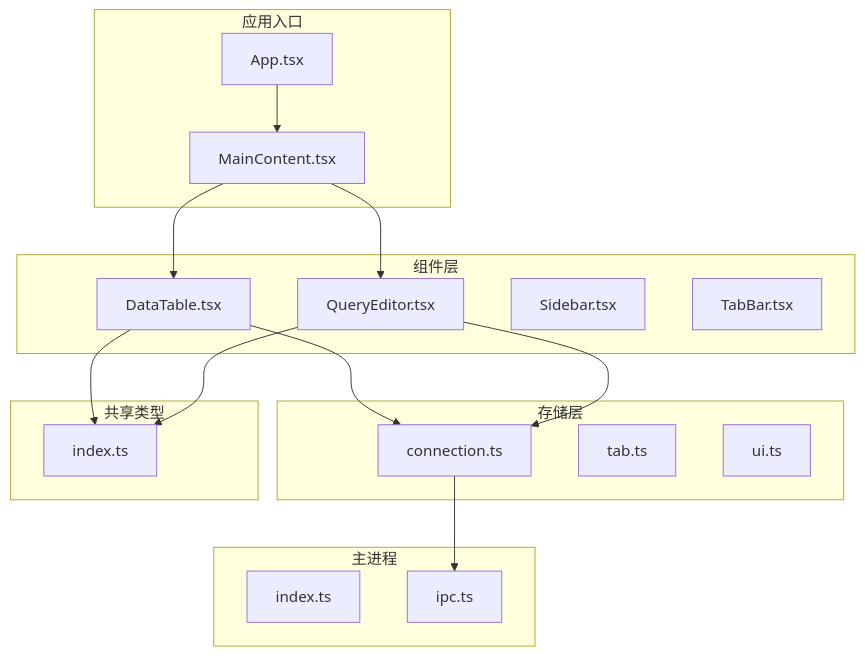
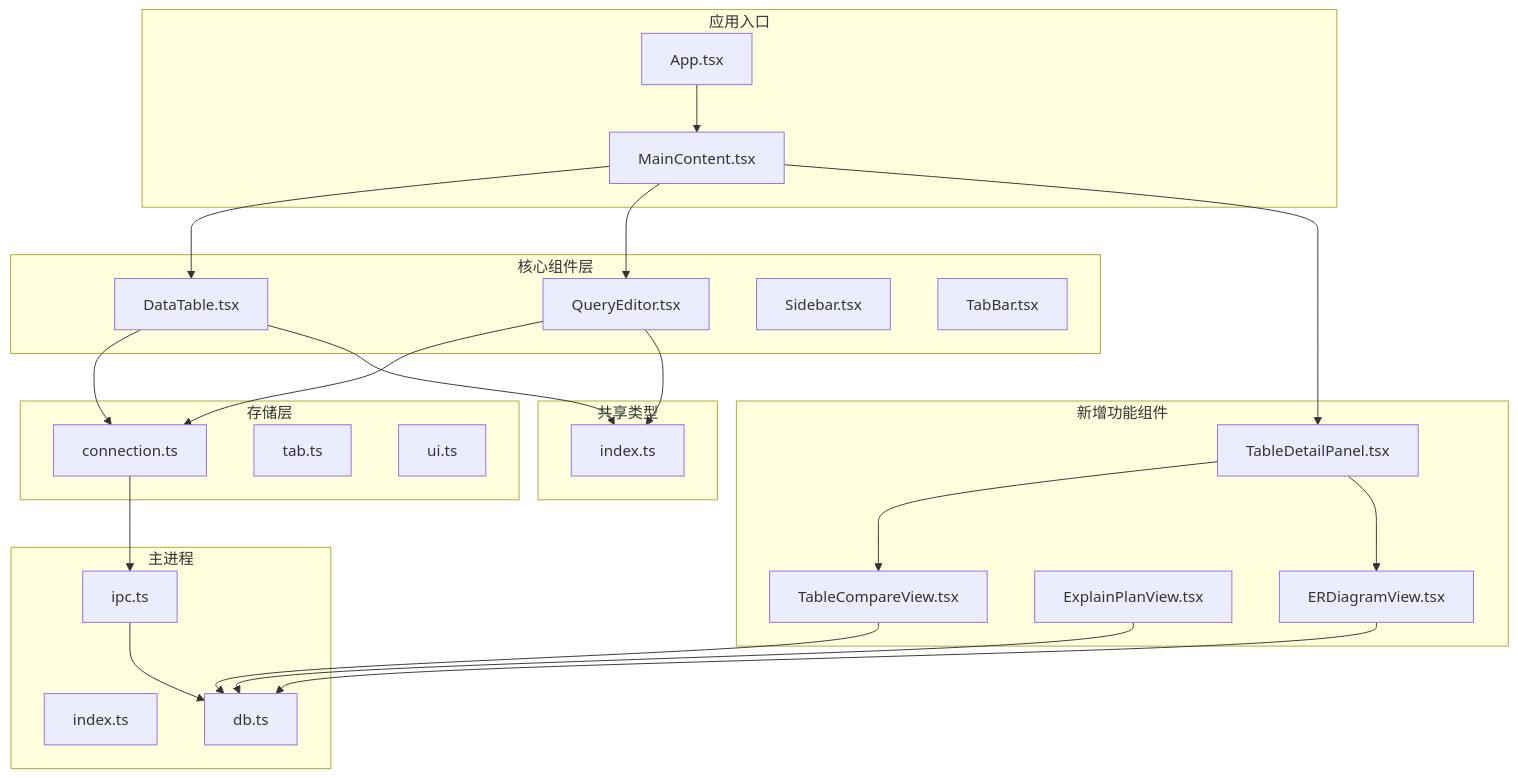
One commit to wwenbo2048/nexsql changed the first of 19 diagrams in .qoder/repowiki/zh/content/前端组件系统/数据表格组件.md. Above: the diagram before and after it, drawn with Mermaid. The commit also changed other lines of this file and 19 other files, not shown here.

````diff
--- a/.qoder/repowiki/zh/content/前端组件系统/数据表格组件.md
+++ b/.qoder/repowiki/zh/content/前端组件系统/数据表格组件.md
@@ -36,33 +51,47 @@
 ```mermaid
 graph TB
 subgraph "应用入口"
 App[App.tsx]
 MainContent[MainContent.tsx]
 end
-subgraph "组件层"
+subgraph "核心组件层"
 DataTable[DataTable.tsx]
 QueryEditor[QueryEditor.tsx]
 Sidebar[Sidebar.tsx]
 TabBar[TabBar.tsx]
+end
+subgraph "新增功能组件"
+ERDiagramView[ERDiagramView.tsx]
+ExplainPlanView[ExplainPlanView.tsx]
+TableCompareView[TableCompareView.tsx]
+TableDetailPanel[TableDetailPanel.tsx]
 end
 subgraph "存储层"
 ConnectionStore[connection.ts]
 TabStore[tab.ts]
 UiStore[ui.ts]
 end
 subgraph "共享类型"
 Types[index.ts]
 end
 subgraph "主进程"
 MainIndex[index.ts]
 IpcHandlers[ipc.ts]
+DbService[db.ts]
 end
 App --> MainContent
 MainContent --> DataTable
 MainContent --> QueryEditor
+MainContent --> TableDetailPanel
 DataTable --> ConnectionStore
 DataTable --> Types
 QueryEditor --> ConnectionStore
 QueryEditor --> Types
+TableDetailPanel --> TableCompareView
+TableDetailPanel --> ERDiagramView
+ERDiagramView --> DbService
+ExplainPlanView --> DbService
+TableCompareView --> DbService
 ConnectionStore --> IpcHandlers
+IpcHandlers --> DbService
 ```
````
